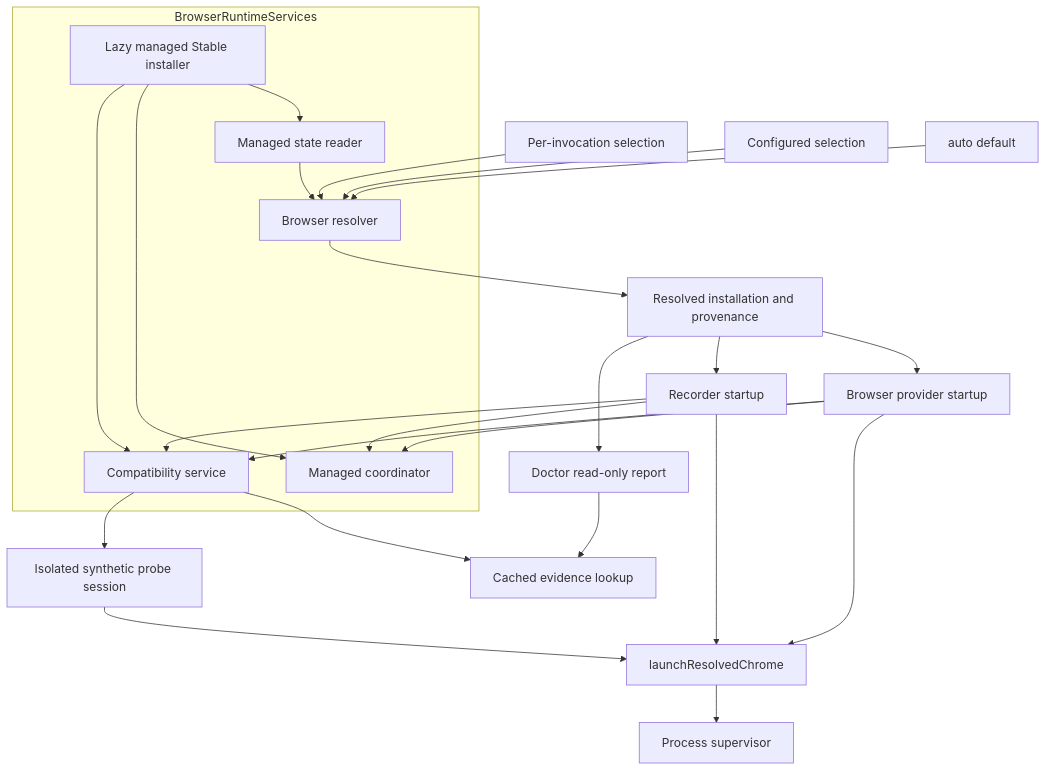
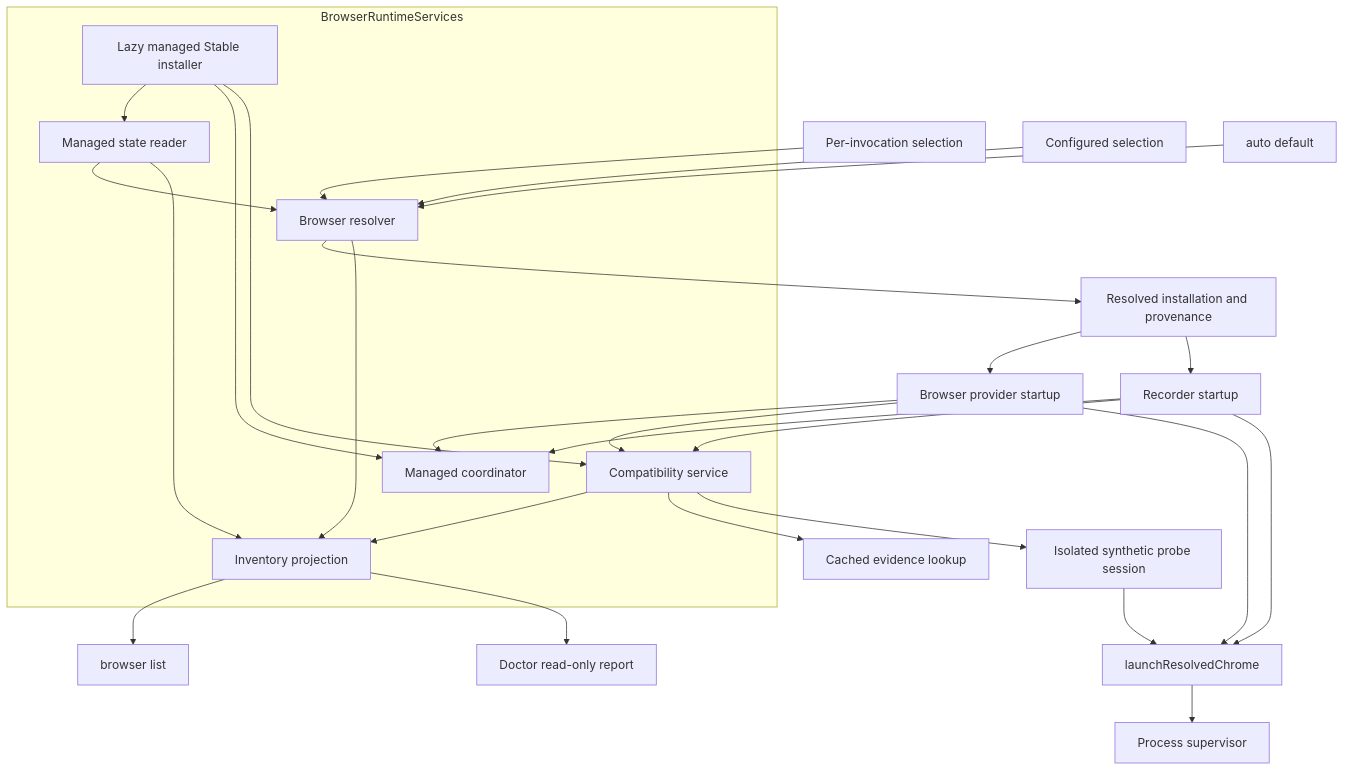
One commit to abranjith/yantra changed the fifth of 19 diagrams in docs/architecture.md. Above: the diagram before and after it, drawn with Mermaid. The commit also changed other lines of this file and 56 other files, not shown here.

````diff
--- a/docs/architecture.md
+++ b/docs/architecture.md
@@ -190,34 +190,38 @@
 ```mermaid
 flowchart TD
   Invocation[Per-invocation selection] --> Resolver
   Configured[Configured selection] --> Resolver
   Default[auto default] --> Resolver
 
   subgraph Services[BrowserRuntimeServices]
     Resolver[Browser resolver]
     Compatibility[Compatibility service]
     Coordinator[Managed coordinator]
     ManagedState[Managed state reader]
+    Inventory[Inventory projection]
     Installer[Lazy managed Stable installer]
   end
 
   ManagedState --> Resolver
   Installer --> ManagedState
   Installer --> Coordinator
   Installer --> Compatibility
   Resolver --> Installation[Resolved installation and provenance]
   Installation --> Provider[Browser provider startup]
   Installation --> Recorder[Recorder startup]
-  Installation --> Doctor[Doctor read-only report]
+  Resolver --> Inventory
+  ManagedState --> Inventory
+  Compatibility --> Inventory
+  Inventory --> List[browser list]
+  Inventory --> Doctor[Doctor read-only report]
   Provider --> Coordinator
   Recorder --> Coordinator
   Provider --> Compatibility
   Recorder --> Compatibility
-  Doctor --> Evidence[Cached evidence lookup]
-  Compatibility --> Evidence
+  Compatibility --> Evidence[Cached evidence lookup]
   Compatibility --> Probe[Isolated synthetic probe session]
   Provider --> Launch[launchResolvedChrome]
   Recorder --> Launch
   Probe --> Launch
   Launch --> Supervisor[Process supervisor]
 ```
````
